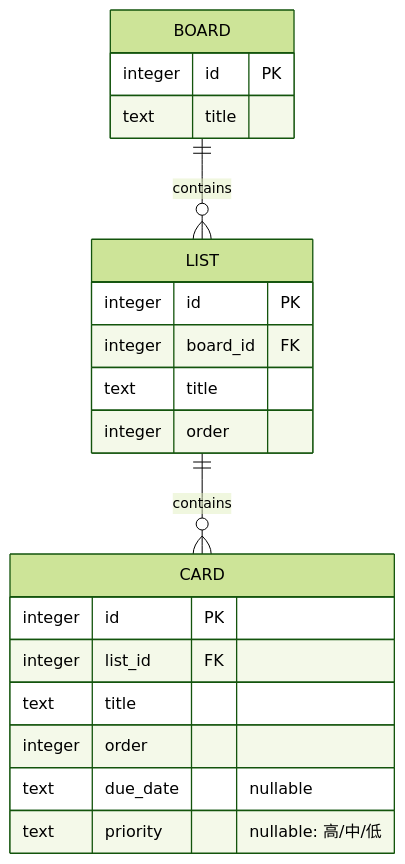
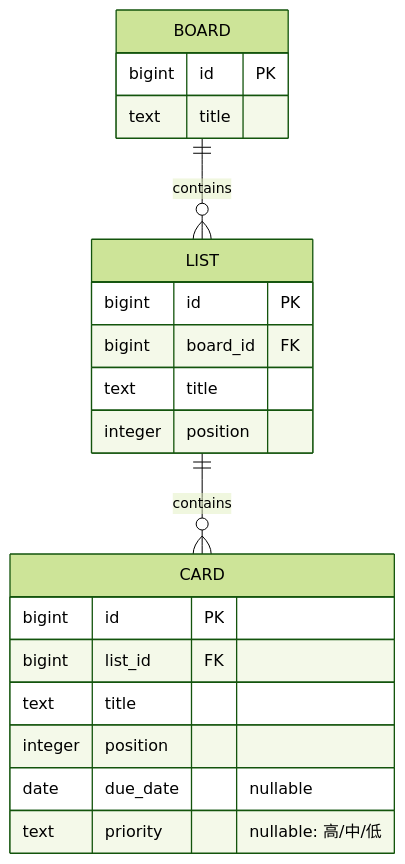
One commit to shoindex/AIproject changed the second of 2 diagrams in trello-clone/docs/database-design.md. Above: the diagram before and after it, drawn with Mermaid (forest theme). The commit also changed other lines of this file and 2 other files, not shown here.

````diff
--- a/trello-clone/docs/database-design.md
+++ b/trello-clone/docs/database-design.md
@@ -18,24 +18,24 @@
 ```mermaid
 erDiagram
     BOARD ||--o{ LIST : contains
     LIST ||--o{ CARD : contains
 
     BOARD {
-        integer id PK
+        bigint id PK
         text title
     }
     LIST {
-        integer id PK
-        integer board_id FK
+        bigint id PK
+        bigint board_id FK
         text title
-        integer order
+        integer position
     }
     CARD {
-        integer id PK
-        integer list_id FK
+        bigint id PK
+        bigint list_id FK
         text title
-        integer order
-        text due_date "nullable"
+        integer position
+        date due_date "nullable"
         text priority "nullable: 高/中/低"
     }
 ```
````
